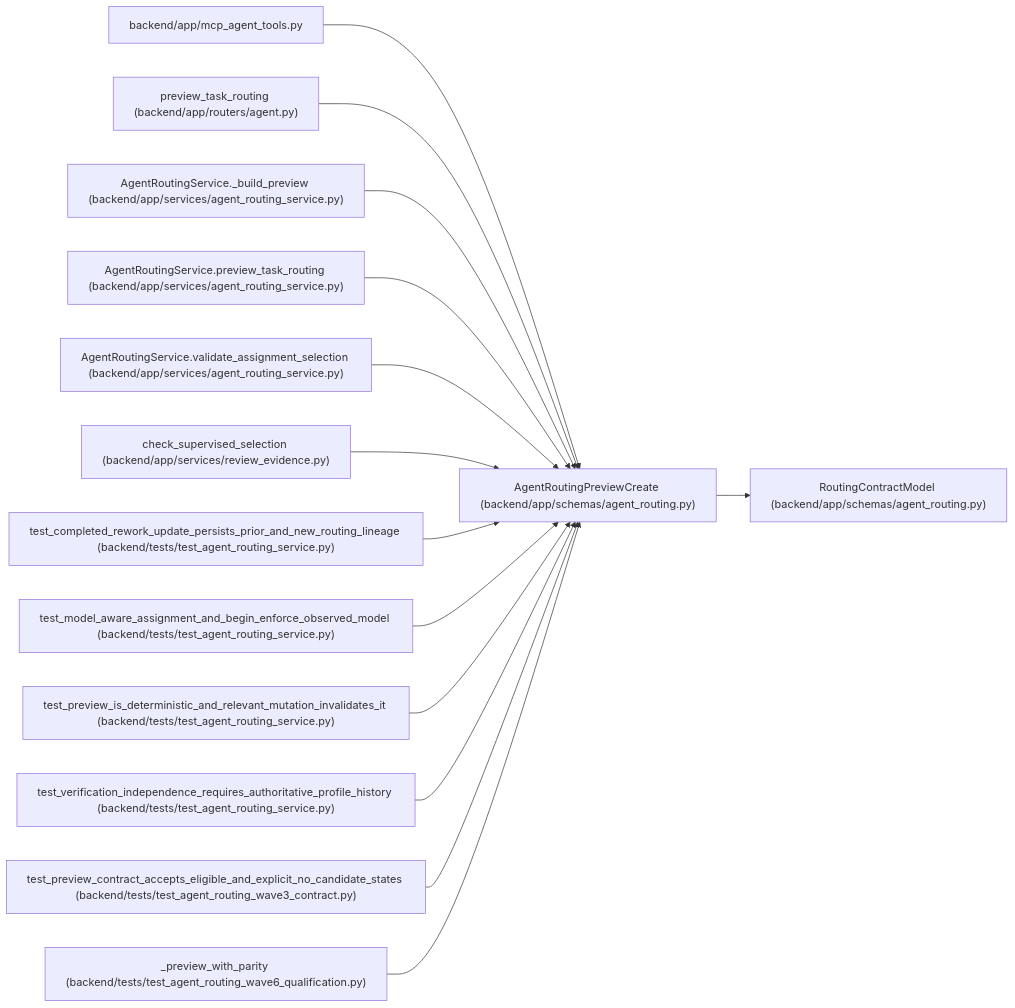
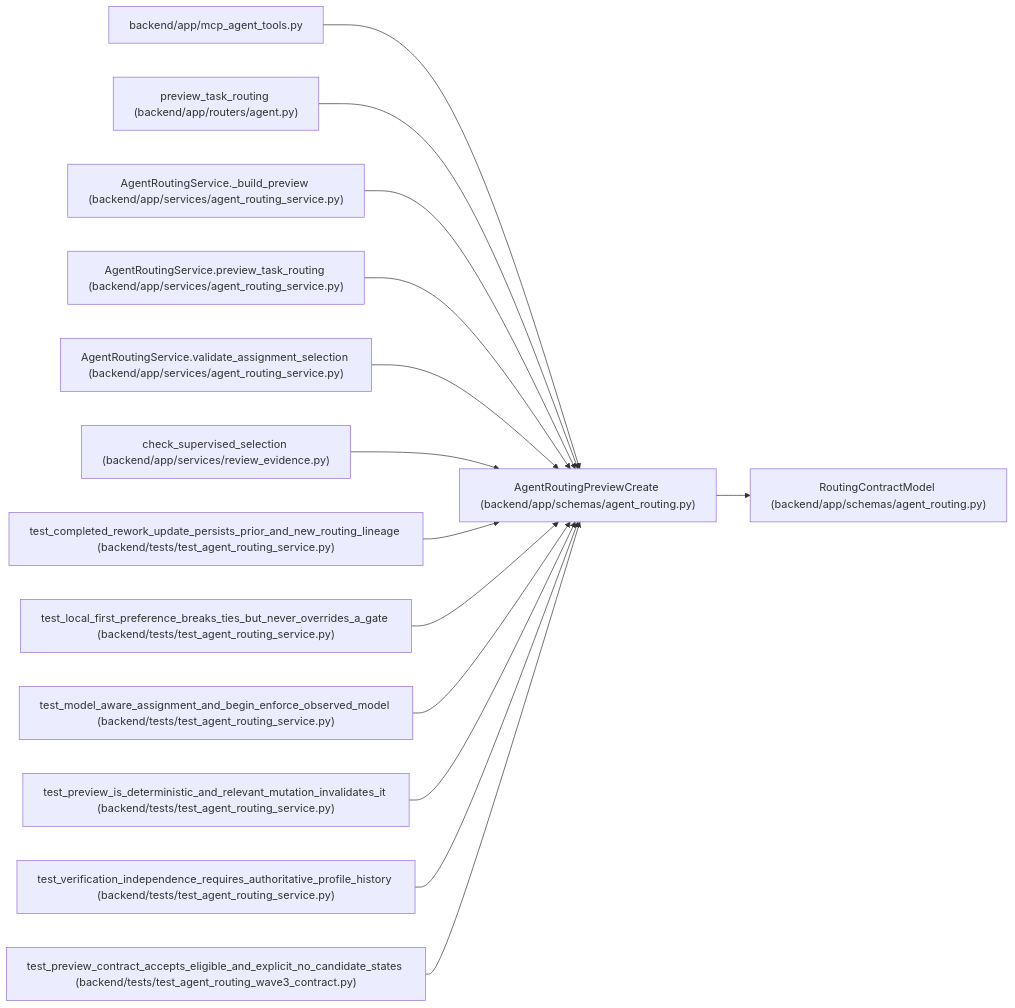
Before and after one commit to Denissvgn/WorkChord: the diagram in docs/llm_wiki/entities/agent_routing_AgentRoutingPreviewCreate.md, drawn with Mermaid. The commit also changed other lines of this file and 682 other files, not shown here.

Commit message:
Sync the architectural wiki for the local-first catalog preference

````diff
--- a/docs/llm_wiki/entities/agent_routing_AgentRoutingPreviewCreate.md
+++ b/docs/llm_wiki/entities/agent_routing_AgentRoutingPreviewCreate.md
@@ -40,44 +40,44 @@
 ```mermaid
 flowchart LR
     n0["AgentRoutingPreviewCreate (backend/app/schemas/agent_routing.py)"]
     n1["RoutingContractModel (backend/app/schemas/agent_routing.py)"]
     n2["backend/app/mcp_agent_tools.py"]
     n3["preview_task_routing (backend/app/routers/agent.py)"]
     n4["AgentRoutingService._build_preview (backend/app/services/agent_routing_service.py)"]
     n5["AgentRoutingService.preview_task_routing (backend/app/services/agent_routing_service.py)"]
     n6["AgentRoutingService.validate_assignment_selection (backend/app/services/agent_routing_service.py)"]
     n7["check_supervised_selection (backend/app/services/review_evidence.py)"]
     n8["test_completed_rework_update_persists_prior_and_new_routing_lineage (backend/tests/test_agent_routing_service.py)"]
-    n9["test_model_aware_assignment_and_begin_enforce_observed_model (backend/tests/test_agent_routing_service.py)"]
-    n10["test_preview_is_deterministic_and_relevant_mutation_invalidates_it (backend/tests/test_agent_routing_service.py)"]
-    n11["test_verification_independence_requires_authoritative_profile_history (backend/tests/test_agent_routing_service.py)"]
-    n12["test_preview_contract_accepts_eligible_and_explicit_no_candidate_states (backend/tests/test_agent_routing_wave3_contract.py)"]
-    n13["_preview_with_parity (backend/tests/test_agent_routing_wave6_qualification.py)"]
+    n9["test_local_first_preference_breaks_ties_but_never_overrides_a_gate (backend/tests/test_agent_routing_service.py)"]
+    n10["test_model_aware_assignment_and_begin_enforce_observed_model (backend/tests/test_agent_routing_service.py)"]
+    n11["test_preview_is_deterministic_and_relevant_mutation_invalidates_it (backend/tests/test_agent_routing_service.py)"]
+    n12["test_verification_independence_requires_authoritative_profile_history (backend/tests/test_agent_routing_service.py)"]
+    n13["test_preview_contract_accepts_eligible_and_explicit_no_candidate_states (backend/tests/test_agent_routing_wave3_contract.py)"]
     n0 --> n1
     n2 --> n0
     n3 --> n0
     n4 --> n0
     n5 --> n0
     n6 --> n0
     n7 --> n0
     n8 --> n0
     n9 --> n0
     n10 --> n0
     n11 --> n0
     n12 --> n0
     n13 --> n0
     click n0 "../modules/agent_routing.md"
     click n1 "../modules/agent_routing.md"
     click n2 "../modules/mcp_agent_tools.md"
     click n3 "../modules/routers_agent.md"
     click n4 "../modules/agent_routing_service.md"
     click n5 "../modules/agent_routing_service.md"
     click n6 "../modules/agent_routing_service.md"
     click n7 "../modules/services_review_evidence.md"
     click n8 "../modules/test_agent_routing_service.md"
     click n9 "../modules/test_agent_routing_service.md"
     click n10 "../modules/test_agent_routing_service.md"
     click n11 "../modules/test_agent_routing_service.md"
-    click n12 "../modules/test_agent_routing_wave3_contract.md"
-    click n13 "../modules/test_agent_routing_wave6_qualification.md"
+    click n12 "../modules/test_agent_routing_service.md"
+    click n13 "../modules/test_agent_routing_wave3_contract.md"
 ```
````
